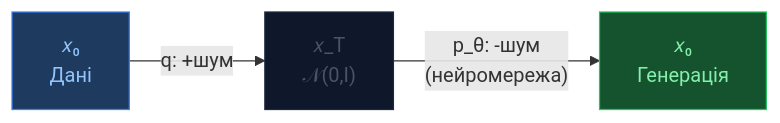
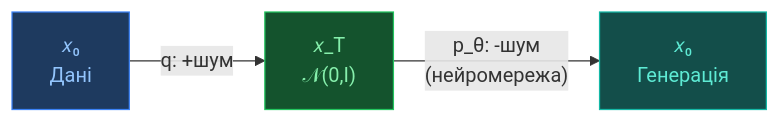
One commit to OlehVolkov/AlphaFold3-AIGen-KnowledgeBase changed the first of 2 diagrams in UA/2. Концепції/2.2. Машинне-Навчання/2.2.2. Дифузійні моделі.md. Above: the diagram before and after it, drawn with Mermaid. The commit also changed other lines of this file and 35 other files, not shown here.

````diff
--- a/UA/2. Концепції/2.2. Машинне-Навчання/2.2.2. Дифузійні моделі.md
+++ b/UA/2. Концепції/2.2. Машинне-Навчання/2.2.2. Дифузійні моделі.md
@@ -24,9 +24,12 @@
 ```mermaid
 flowchart LR
-    X0["𝑥₀<br/>Дані"]:::clean -- "q: +шум" --> XT["𝑥_T<br/>𝒩(0,I)"]:::noisy
-    XT -- "p_θ: -шум<br/>(нейромережа)" --> X0r["𝑥₀<br/>Генерація"]:::gen
+    X0["𝑥₀<br/>Дані"]:::input -- "q: +шум" --> XT["𝑥_T<br/>𝒩(0,I)"]:::diffusion
+    XT -- "p_θ: -шум<br/>(нейромережа)" --> X0r["𝑥₀<br/>Генерація"]:::output
 
-    classDef clean fill:#1e3a5f,stroke:#3b82f6,color:#93c5fd
-    classDef noisy fill:#0f172a,stroke:#1e293b,color:#475569
-    classDef gen   fill:#14532d,stroke:#22c55e,color:#86efac
+    classDef input fill:#1e3a5f,stroke:#3b82f6,color:#93c5fd
+    classDef trunk fill:#312e81,stroke:#7c3aed,color:#c4b5fd
+    classDef diffusion fill:#14532d,stroke:#22c55e,color:#86efac
+    classDef confidence fill:#7c2d12,stroke:#ea580c,color:#fdba74
+    classDef output fill:#134e4a,stroke:#14b8a6,color:#5eead4
+    classDef neutral fill:#1e293b,stroke:#475569,color:#94a3b8
 ```
````
